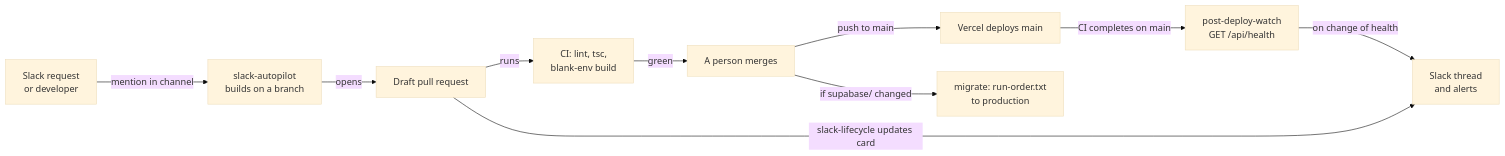
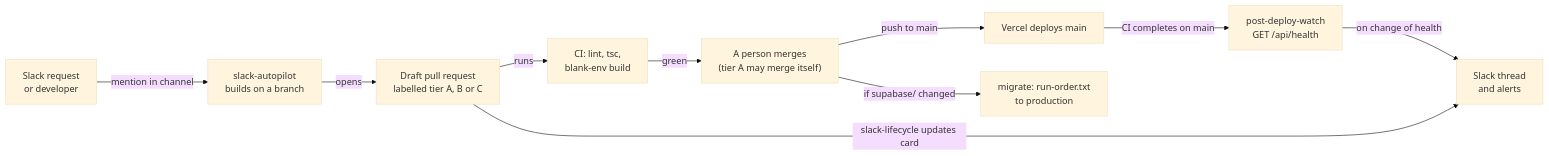
The sixth of 6 diagrams in docs/ARCHITECTURE.md (raviteja0012/robinsons-store), drawn with Mermaid (base theme) before and after one commit. The commit also changed other lines of this file and 12 other files, not shown here.

First line of the commit message:
Wire the tier classifier into the Slack loop; tier A merges itself (ADR-002)

````diff
--- a/docs/ARCHITECTURE.md
+++ b/docs/ARCHITECTURE.md
@@ -298,21 +298,21 @@
 ```mermaid
 flowchart LR
   REQ["Slack request<br/>or developer"]
   AP["slack-autopilot<br/>builds on a branch"]
-  PR["Draft pull request"]
+  PR["Draft pull request<br/>labelled tier A, B or C"]
   CI["CI: lint, tsc,<br/>blank-env build"]
-  HUM["A person merges"]
+  HUM["A person merges<br/>(tier A may merge itself)"]
   VD["Vercel deploys main"]
   MIG["migrate: run-order.txt<br/>to production"]
   WD["post-deploy-watch<br/>GET /api/health"]
   SLK["Slack thread<br/>and alerts"]
   REQ -- "mention in channel" --> AP
   AP -- "opens" --> PR
   PR -- "runs" --> CI
   CI -- "green" --> HUM
   HUM -- "push to main" --> VD
   HUM -- "if supabase/ changed" --> MIG
   VD -- "CI completes on main" --> WD
   WD -- "on change of health" --> SLK
   PR -- "slack-lifecycle updates card" --> SLK
 ```
````
